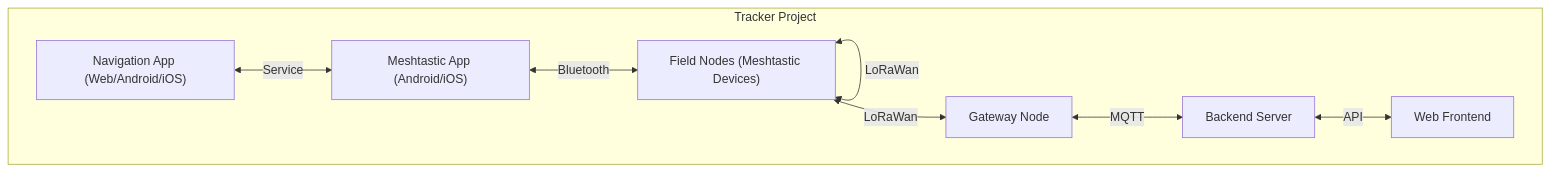
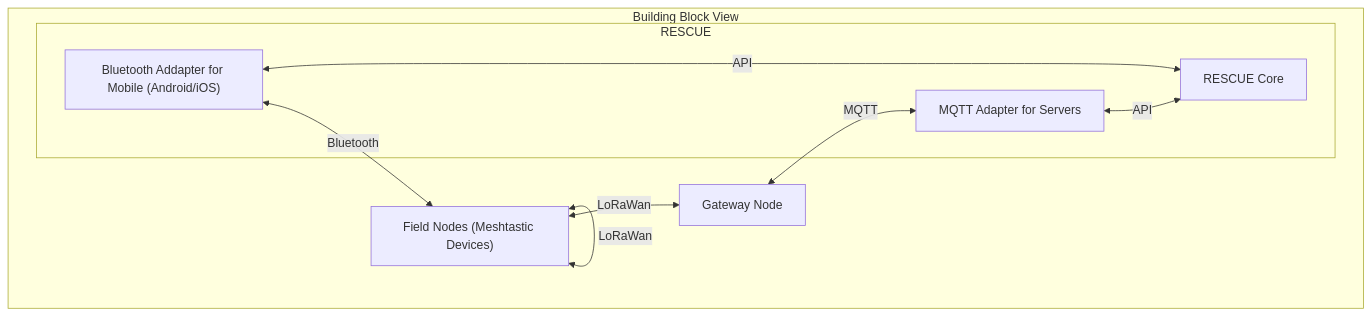
The second of 2 diagrams in docs/arc42.md (Genei180/RESCUE), drawn with Mermaid before and after one commit. The commit also changed other lines of this file and 9 other files, not shown here.

````diff
--- a/docs/arc42.md
+++ b/docs/arc42.md
@@ -158,19 +163,20 @@
 ```mermaid
 flowchart TD
 
-    subgraph Tracker_Project["Tracker Project"]
-        NAVAPP["Navigation App (Web/Android/iOS)"]
-        APP["Meshtastic App (Android/iOS)"]
+    subgraph Building_View["Building Block View"]
+	    subgraph Core["RESCUE"]
+	        APP["Bluetooth Addapter for Mobile (Android/iOS)"]
+	        CO["RESCUE Core"]
+	        FE["MQTT Adapter for Servers"]
+	    end
         FN["Field Nodes (Meshtastic Devices)"]
         GW[Gateway Node]
-        BE[Backend Server]
-        FE[Web Frontend]
     end
 
-    NAVAPP <-- Service --> APP
     APP <-- Bluetooth --> FN
     FN <-- LoRaWan --> FN
     FN <-- LoRaWan --> GW
-    GW <-- MQTT --> BE
-    BE <-- API --> FE
+    GW <-- MQTT --> FE
+    FE <-- API --> CO
+    APP <-- API --> CO
 ```
````
